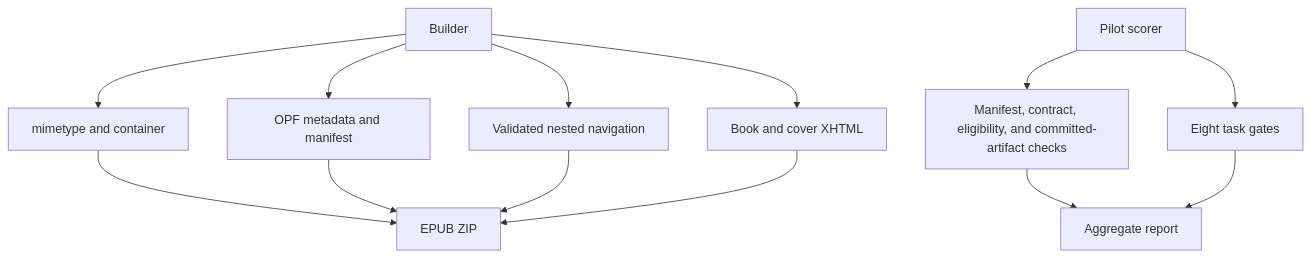
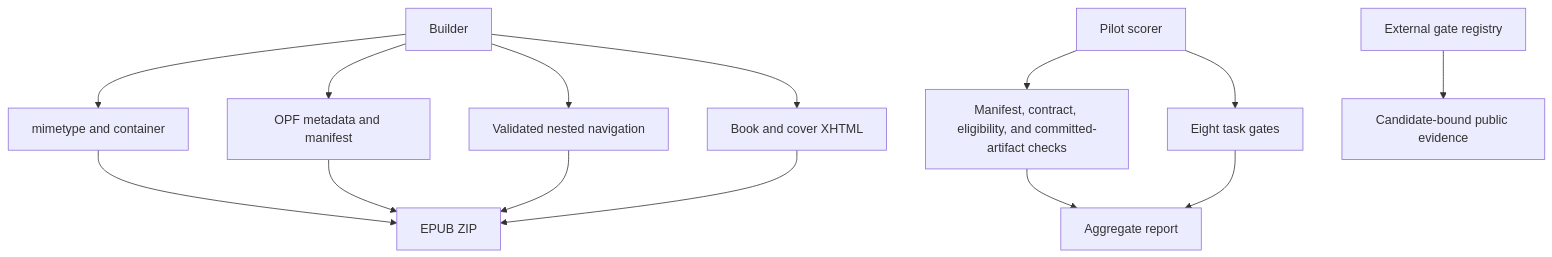
One commit to streamentry/streamentry changed the second of 5 diagrams in scripts/AGENTS.md. Above: the diagram before and after it, drawn with Mermaid. The commit also changed other lines of this file and 32 other files, not shown here.

````diff
--- a/scripts/AGENTS.md
+++ b/scripts/AGENTS.md
@@ -46,15 +49,16 @@
 ```mermaid
 flowchart TB
   B["Builder"] --> M["mimetype and container"]
   B --> O["OPF metadata and manifest"]
   B --> N["Validated nested navigation"]
   B --> X["Book and cover XHTML"]
   M --> Z["EPUB ZIP"]
   O --> Z
   N --> Z
   X --> Z
   S["Pilot scorer"] --> R["Manifest, contract, eligibility, and committed-artifact checks"]
   S --> G["Eight task gates"]
+  Q["External gate registry"] --> E["Candidate-bound public evidence"]
   R --> A["Aggregate report"]
   G --> A
 ```
````
